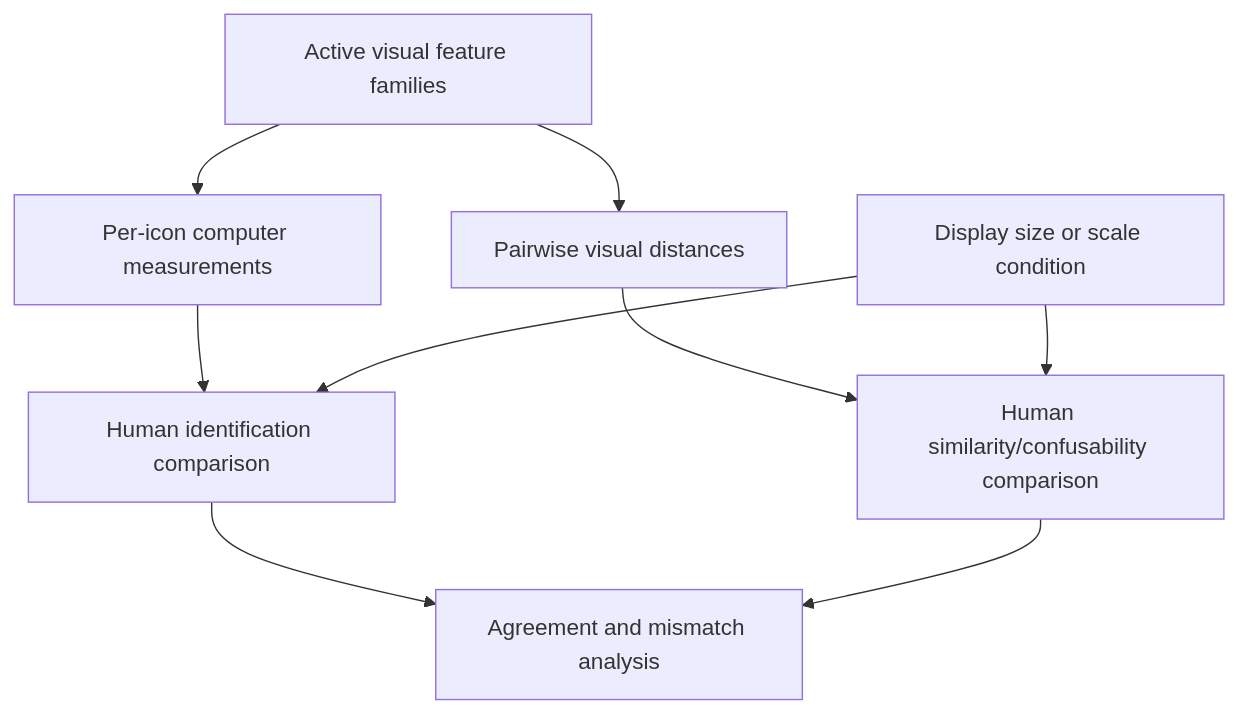
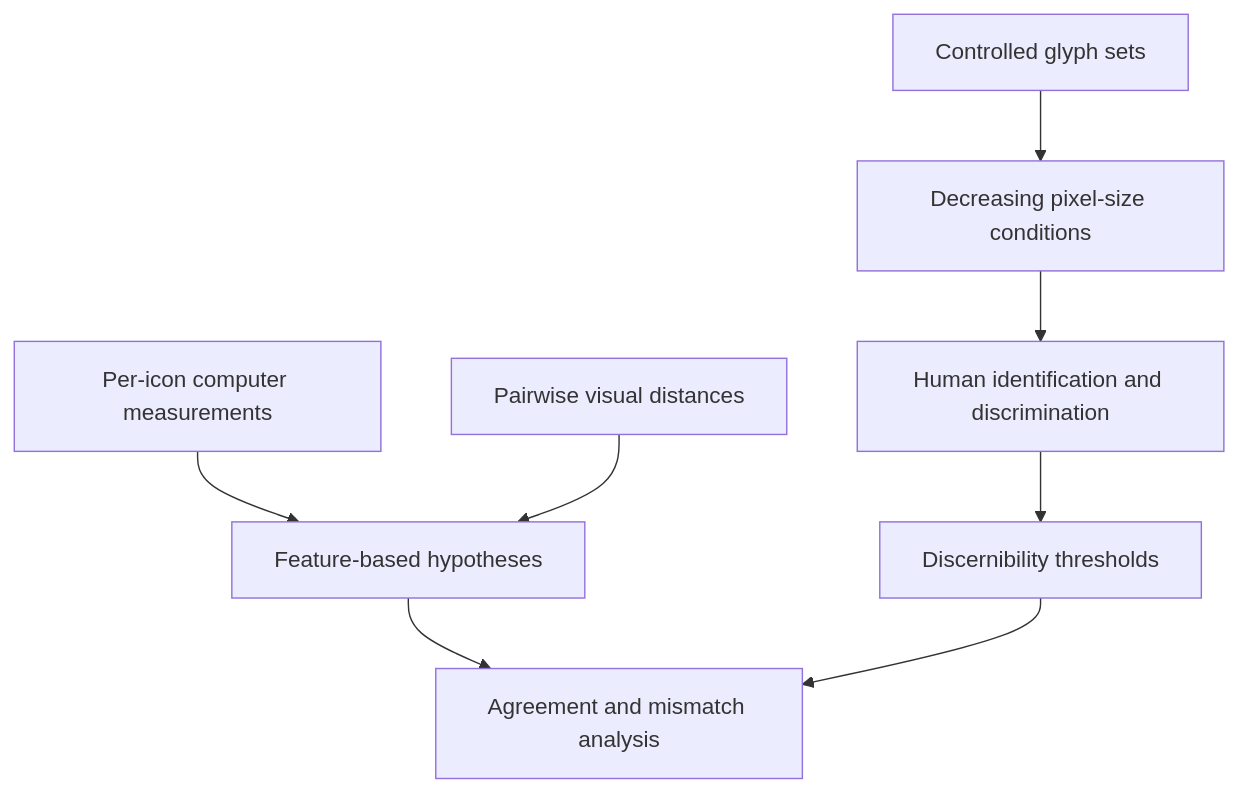
Before and after one commit to ibtisamarif831/thesis: the diagram in wiki/thesis-overview.md, drawn with Mermaid. The commit also changed other lines of this file and 128 other files, not shown here.

````diff
--- a/wiki/thesis-overview.md
+++ b/wiki/thesis-overview.md
@@ -58,11 +62,10 @@
 ```mermaid
 flowchart TD
-    A["Active visual feature families"] --> B["Per-icon computer measurements"]
-    A --> C["Pairwise visual distances"]
-    B --> D["Human identification comparison"]
-    C --> E["Human similarity/confusability comparison"]
-    F["Display size or scale condition"] --> D
-    F --> E
-    D --> G["Agreement and mismatch analysis"]
-    E --> G
+    A["Controlled glyph sets"] --> B["Decreasing pixel-size conditions"]
+    B --> C["Human identification and discrimination"]
+    D["Per-icon computer measurements"] --> E["Feature-based hypotheses"]
+    F["Pairwise visual distances"] --> E
+    C --> G["Discernibility thresholds"]
+    E --> H["Agreement and mismatch analysis"]
+    G --> H
 ```
````
